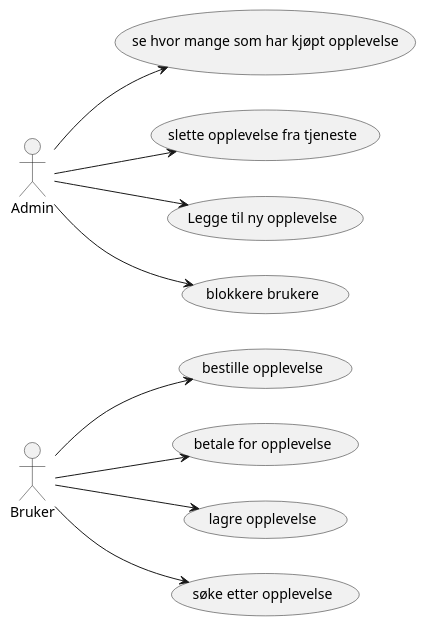
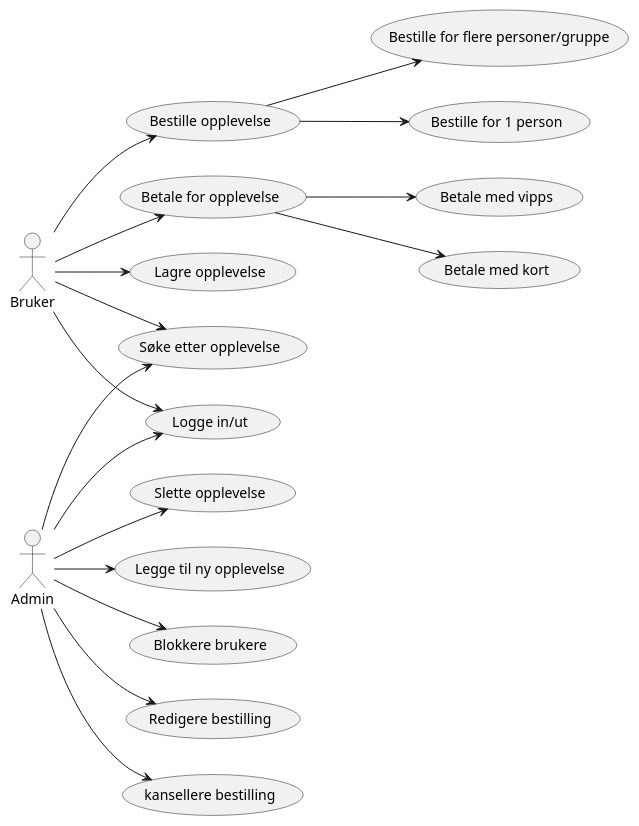
Before and after one commit to mapclean9r/os_Systemer: the diagram in plantuml_diagrammer/usecasediagram.puml, drawn with PlantUML. The commit also changed other lines of this file, not shown here.

Commit message:
oppdatert diagram
Lagt til mer detaljert funksjonalitet som bruker og admin må kunne gjøre

```diff
--- a/plantuml_diagrammer/usecasediagram.puml
+++ b/plantuml_diagrammer/usecasediagram.puml
@@ -1,11 +1,19 @@
 @startuml oppgave1
 left to right direction
-:Bruker: --> (bestille opplevelse)
-:Bruker: --> (betale for opplevelse)
-:Bruker: --> (lagre opplevelse)
-:Bruker: --> (søke etter opplevelse)
-:Admin: --> (se hvor mange som har kjøpt opplevelse)
-:Admin: --> (slette opplevelse fra tjeneste)
+:Bruker: --> (Bestille opplevelse) 
+(Bestille opplevelse) --> (Bestille for flere personer/gruppe)
+(Bestille opplevelse) --> (Bestille for 1 person)
+:Bruker: --> (Betale for opplevelse)
+(Betale for opplevelse) --> (Betale med vipps)
+(Betale for opplevelse) --> (Betale med kort)
+:Bruker: --> (Lagre opplevelse)
+:Bruker: --> (Søke etter opplevelse)
+:Bruker: --> (Logge in/ut)
+:Admin: --> (Slette opplevelse)
 :Admin: --> (Legge til ny opplevelse)
-:Admin: --> (blokkere brukere)
+:Admin: --> (Blokkere brukere)
+:Admin: --> (Redigere bestilling)
+:Admin: --> (kansellere bestilling)
+:Admin: --> (Søke etter opplevelse)
+:Admin: --> (Logge in/ut)
 @enduml
```
